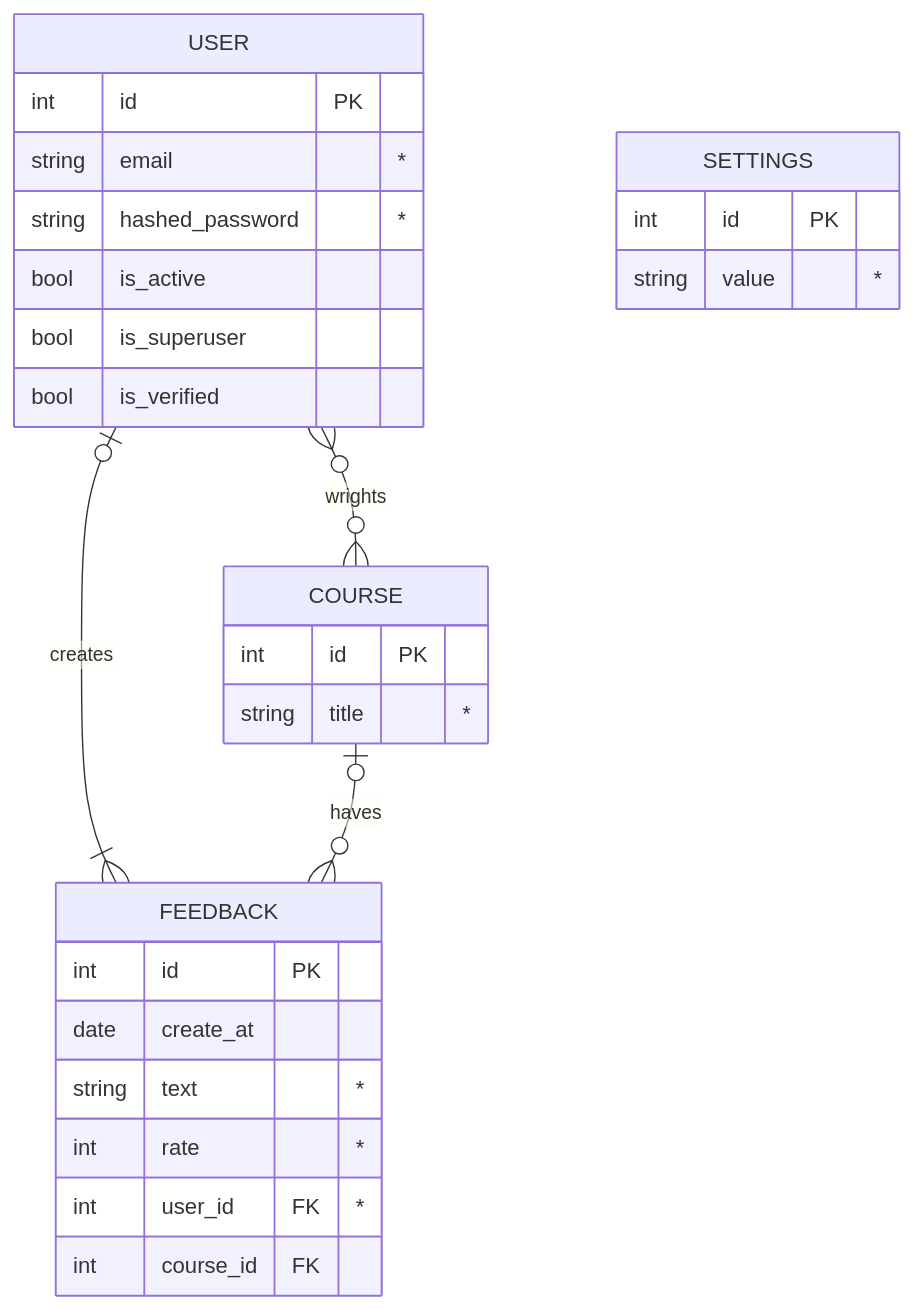
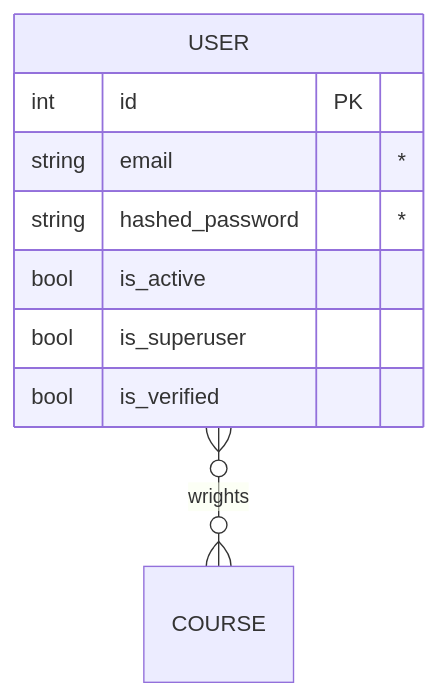
The diagram in README.md (Yamemik/vanga-bot), drawn with Mermaid before and after one commit. The commit also changed other lines of this file and 1 other file, not shown here.

````diff
--- a/README.md
+++ b/README.md
@@ -21,30 +21,13 @@
 ```mermaid
 erDiagram
     USER }o--o{ COURSE : wrights    
     USER {
         int id PK      
         string email "*"
         string hashed_password "*"
         bool is_active
         bool is_superuser
         bool is_verified        
     }
-    COURSE {
-        int id PK
-        string title "*"               
-    }
-    USER |o--|{ FEEDBACK : creates
-    COURSE |o--o{ FEEDBACK : haves
-    FEEDBACK {
-        int id PK
-        date create_at
-        string text "*"
-        int rate "*"
-        int user_id FK "*"
-        int course_id FK
-    }
-    SETTINGS {
-        int id PK
-        string value "*"
-    }
+
 ```
````
